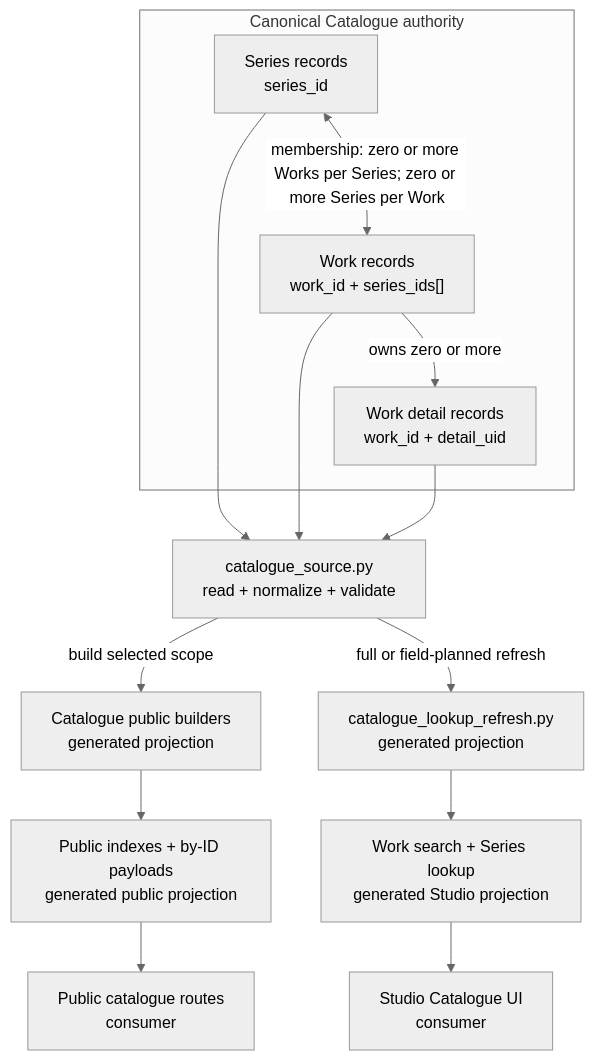
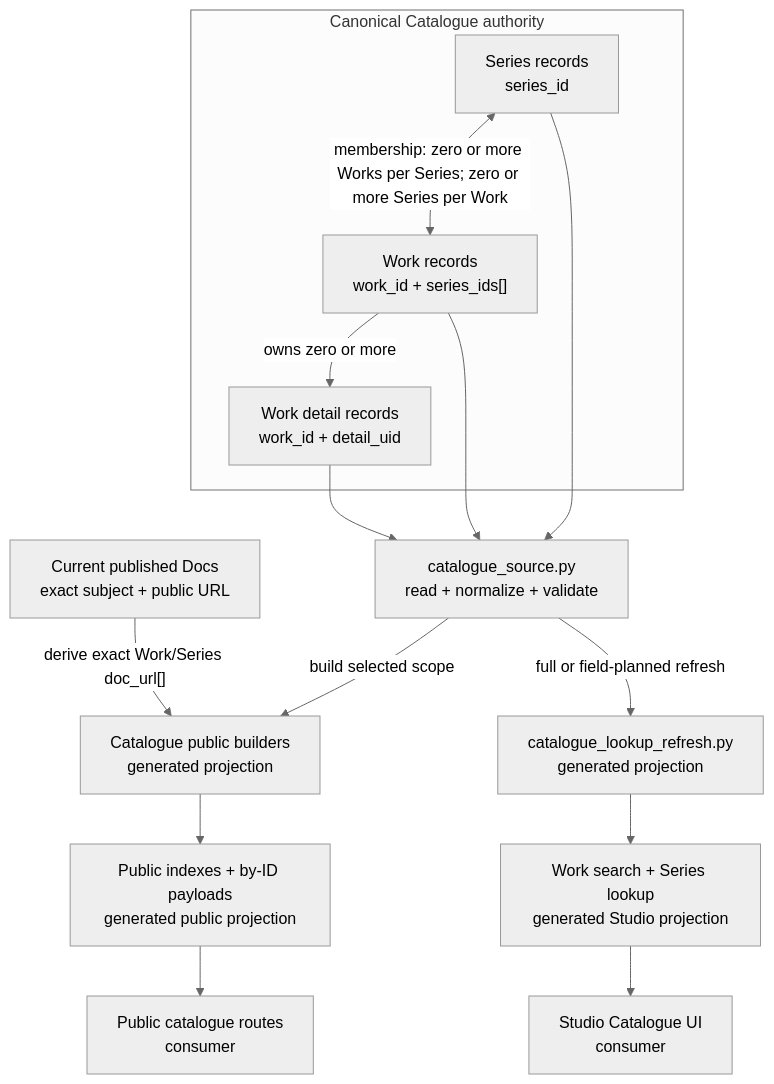
One commit to dotlineform/dotlineform-site changed the diagram in docs-viewer/scopes/studio/source/documents/d-20260802-205910-533be0.md. Above: the diagram before and after it, drawn with Mermaid (neutral theme). The commit also changed other lines of this file and 22 other files, not shown here.

````diff
--- a/docs-viewer/scopes/studio/source/documents/d-20260802-205910-533be0.md
+++ b/docs-viewer/scopes/studio/source/documents/d-20260802-205910-533be0.md
@@ -19,26 +19,28 @@
 ```mermaid
 flowchart TB
     accTitle: Catalogue canonical model and read projections
-    accDescr: Canonical Series, Works, and Work details are validated by the source model and passed to separate public generation and Studio lookup refresh paths.
+    accDescr: Canonical Series, Works, and Work details are validated by the source model and passed to separate public generation and Studio lookup refresh paths; exact published Docs subjects and locations enrich only public Work and Series by-ID payloads.
     subgraph canonical["Canonical Catalogue authority"]
         series["Series records<br/>series_id"]
         works["Work records<br/>work_id + series_ids[]"]
         details["Work detail records<br/>work_id + detail_uid"]
         series <-->|"membership: zero or more Works per Series; zero or more Series per Work"| works
         works -->|"owns zero or more"| details
     end
     source["catalogue_source.py<br/>read + normalize + validate"]
+    publicDocs["Current published Docs<br/>exact subject + public URL"]
     publicBuild["Catalogue public builders<br/>generated projection"]
     studioBuild["catalogue_lookup_refresh.py<br/>generated projection"]
     publicData["Public indexes + by-ID payloads<br/>generated public projection"]
     studioData["Work search + Series lookup<br/>generated Studio projection"]
     publicConsumer["Public catalogue routes<br/>consumer"]
     studioConsumer["Studio Catalogue UI<br/>consumer"]
     series --> source
     works --> source
     details --> source
     source -->|"build selected scope"| publicBuild
+    publicDocs -->|"derive exact Work/Series doc_url[]"| publicBuild
     source -->|"full or field-planned refresh"| studioBuild
     publicBuild --> publicData --> publicConsumer
     studioBuild --> studioData --> studioConsumer
 ```
````
